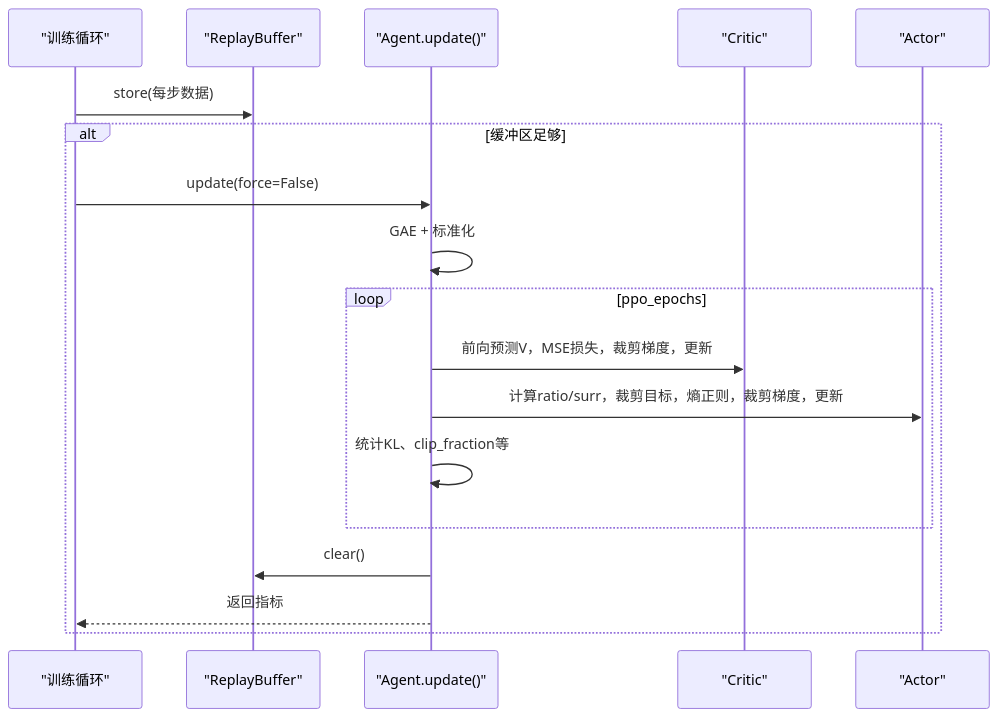
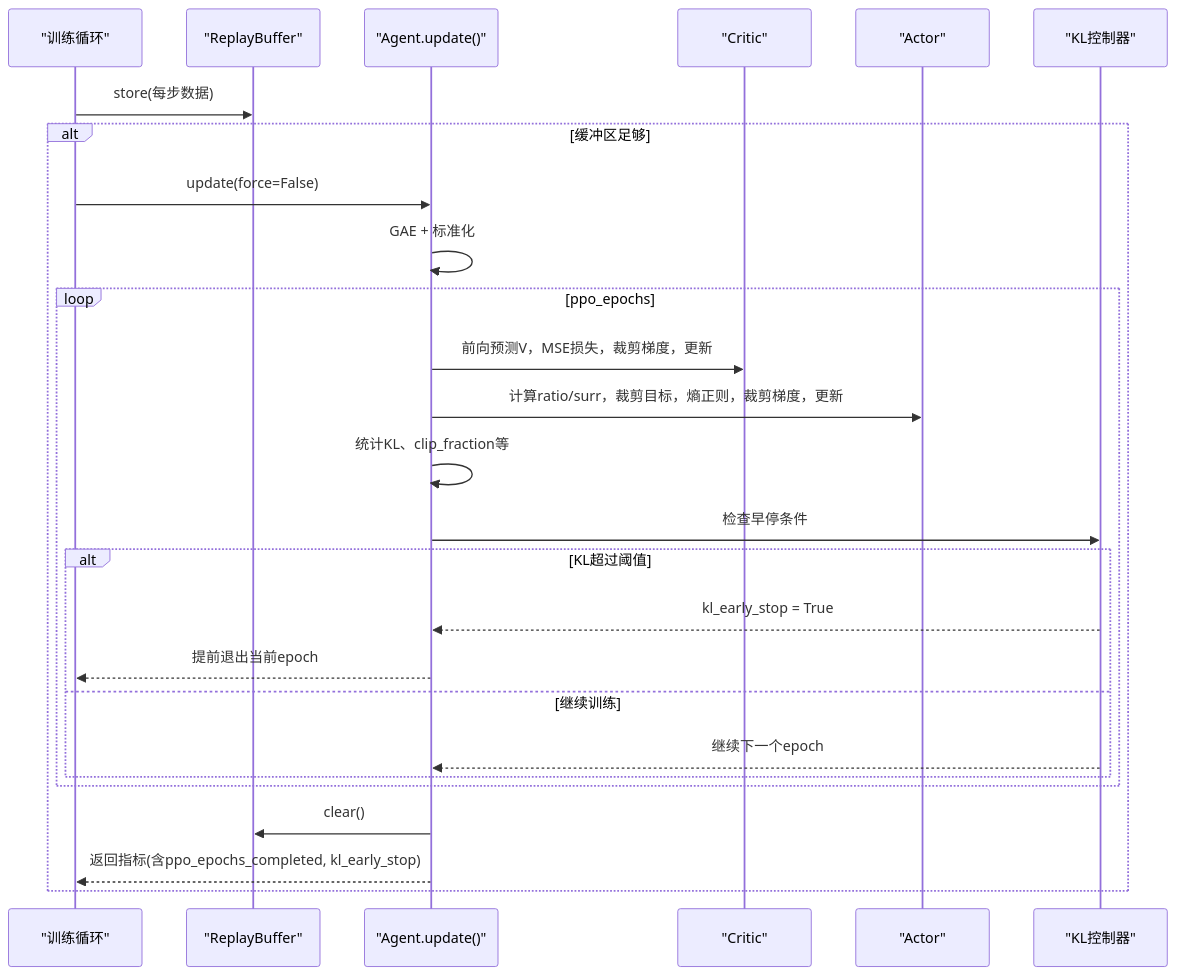
The fifth of 8 diagrams in .qoder/repowiki/zh/content/项目概述/核心功能特性/CTDE-PPO算法实现/PPO算法核心实现/PPO算法核心实现.md (xixi10001/self_Adaptive), drawn with Mermaid before and after one commit. The commit also changed other lines of this file and 94 other files, not shown here.

````diff
--- a/.qoder/repowiki/zh/content/项目概述/核心功能特性/CTDE-PPO算法实现/PPO算法核心实现/PPO算法核心实现.md
+++ b/.qoder/repowiki/zh/content/项目概述/核心功能特性/CTDE-PPO算法实现/PPO算法核心实现/PPO算法核心实现.md
@@ -195,20 +210,28 @@
 ```mermaid
 sequenceDiagram
 participant L as "训练循环"
 participant B as "ReplayBuffer"
 participant U as "Agent.update()"
 participant C as "Critic"
 participant A as "Actor"
+participant KL as "KL控制器"
 L->>B : store(每步数据)
 alt 缓冲区足够
 L->>U : update(force=False)
 U->>U : GAE + 标准化
 loop ppo_epochs
 U->>C : 前向预测V，MSE损失，裁剪梯度，更新
 U->>A : 计算ratio/surr，裁剪目标，熵正则，裁剪梯度，更新
 U->>U : 统计KL、clip_fraction等
+U->>KL : 检查早停条件
+alt KL超过阈值
+KL-->>U : kl_early_stop = True
+U-->>L : 提前退出当前epoch
+else 继续训练
+KL-->>U : 继续下一个epoch
+end
 end
 U->>B : clear()
-U-->>L : 返回指标
+U-->>L : 返回指标(含ppo_epochs_completed, kl_early_stop)
 end
 ```
````
